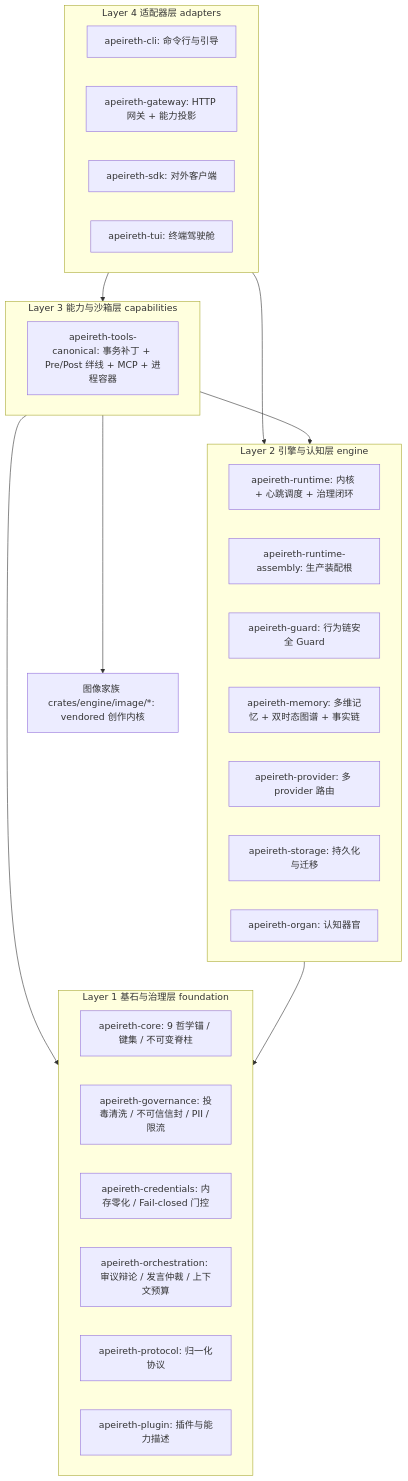
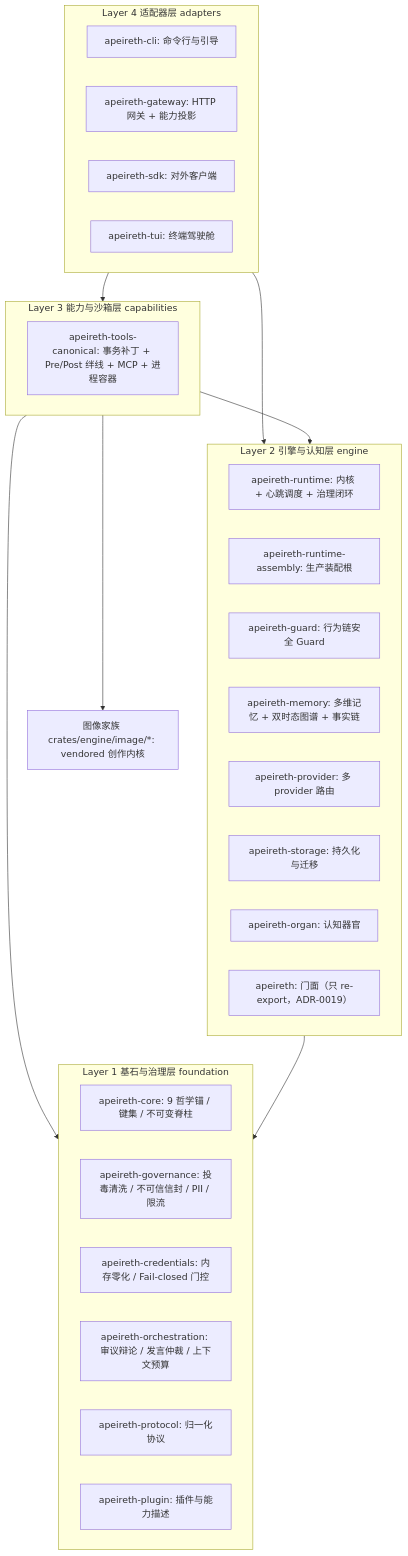
One commit to Apeireth/Apeireth changed the diagram in docs/03-reference/team-handover-reference.md. Above: the diagram before and after it, drawn with Mermaid. The commit also changed other lines of this file and 9 other files, not shown here.

````diff
--- a/docs/03-reference/team-handover-reference.md
+++ b/docs/03-reference/team-handover-reference.md
@@ -80,37 +80,38 @@
 ```mermaid
 graph TD
     subgraph L4 [Layer 4 适配器层 adapters]
         CLI[apeireth-cli: 命令行与引导]
         GW[apeireth-gateway: HTTP 网关 + 能力投影]
         SDK[apeireth-sdk: 对外客户端]
         TUI[apeireth-tui: 终端驾驶舱]
     end
     subgraph L3 [Layer 3 能力与沙箱层 capabilities]
         TOOLS[apeireth-tools-canonical: 事务补丁 + Pre/Post 绊线 + MCP + 进程容器]
     end
     subgraph L2 [Layer 2 引擎与认知层 engine]
         RT[apeireth-runtime: 内核 + 心跳调度 + 治理闭环]
         ASM[apeireth-runtime-assembly: 生产装配根]
         GRD[apeireth-guard: 行为链安全 Guard]
         MEM[apeireth-memory: 多维记忆 + 双时态图谱 + 事实链]
         PRV[apeireth-provider: 多 provider 路由]
         STO[apeireth-storage: 持久化与迁移]
         ORG[apeireth-organ: 认知器官]
+        FAC[apeireth: 门面（只 re-export，ADR-0019）]
     end
     subgraph L1 [Layer 1 基石与治理层 foundation]
         CORE[apeireth-core: 9 哲学锚 / 键集 / 不可变脊柱]
         GOV[apeireth-governance: 投毒清洗 / 不可信信封 / PII / 限流]
         CRED[apeireth-credentials: 内存零化 / Fail-closed 门控]
         ORC[apeireth-orchestration: 审议辩论 / 发言仲裁 / 上下文预算]
         PRO[apeireth-protocol: 归一化协议]
         PLG[apeireth-plugin: 插件与能力描述]
     end
     IMG[图像家族 crates/engine/image/*: vendored 创作内核]
 
     L4 --> L3
     L4 --> L2
     L3 --> L1
     L3 --> L2
     L3 --> IMG
     L2 --> L1
 ```
````
